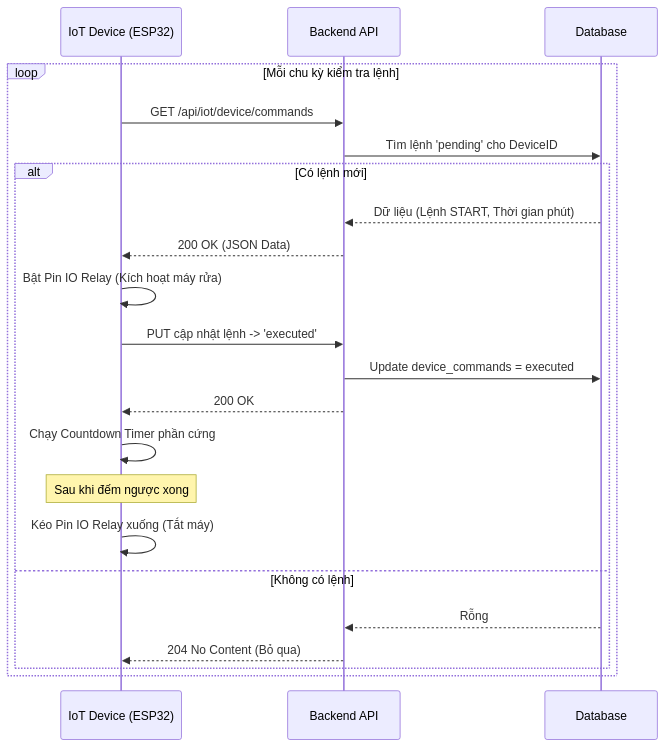
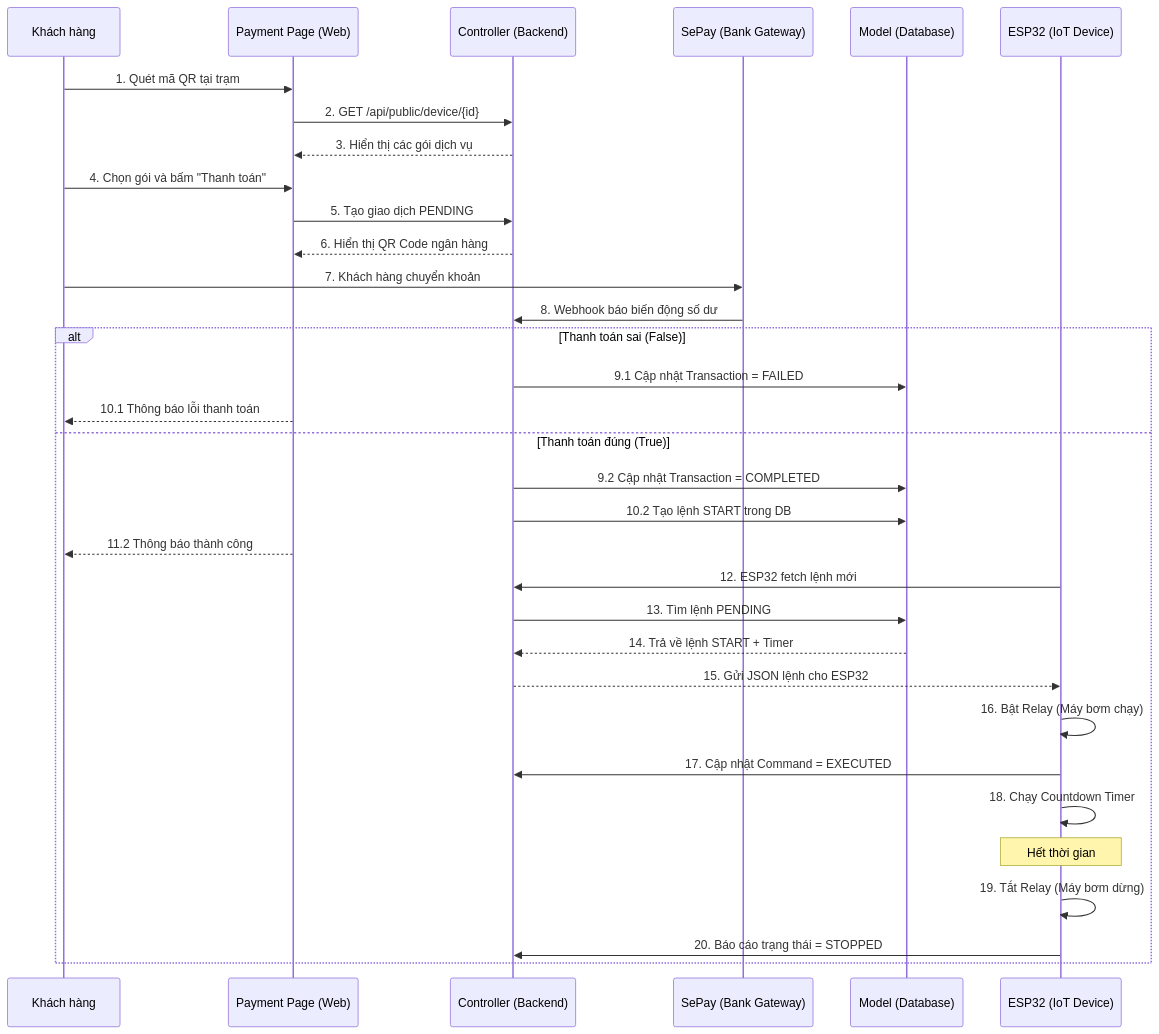
One commit to ngogiaquyen/acw-srs changed the tenth of 13 diagrams in documents/sequence-diagrams.md. Above: the diagram before and after it, drawn with Mermaid. The commit also changed other lines of this file and 5 other files, not shown here.

````diff
--- a/documents/sequence-diagrams.md
+++ b/documents/sequence-diagrams.md
@@ -164,30 +272,42 @@
 ```mermaid
 sequenceDiagram
-    participant ESP as IoT Device (ESP32)
-    participant API as Backend API
-    participant DB as Database
+    participant C as Khách hàng
+    participant W as Payment Page (Web)
+    participant B as Controller (Backend)
+    participant SP as SePay (Bank Gateway)
+    participant D as Model (Database)
+    participant IOT as ESP32 (IoT Device)
 
-    loop Mỗi chu kỳ kiểm tra lệnh
-        ESP->>API: GET /api/iot/device/commands
-        API->>DB: Tìm lệnh 'pending' cho DeviceID
+    C->>W: 1. Quét mã QR tại trạm
+    W->>B: 2. GET /api/public/device/{id}
+    B-->>W: 3. Hiển thị các gói dịch vụ
+    
+    C->>W: 4. Chọn gói và bấm "Thanh toán"
+    W->>B: 5. Tạo giao dịch PENDING
+    B-->>W: 6. Hiển thị QR Code ngân hàng
+    
+    C->>SP: 7. Khách hàng chuyển khoản
+    SP->>B: 8. Webhook báo biến động số dư
+    
+    alt Thanh toán sai (False)
+        B->>D: 9.1 Cập nhật Transaction = FAILED
+        W-->>C: 10.1 Thông báo lỗi thanh toán
+    else Thanh toán đúng (True)
+        B->>D: 9.2 Cập nhật Transaction = COMPLETED
+        B->>D: 10.2 Tạo lệnh START trong DB
+        W-->>C: 11.2 Thông báo thành công
         
-        alt Có lệnh mới
-            DB-->>API: Dữ liệu (Lệnh START, Thời gian phút)
-            API-->>ESP: 200 OK (JSON Data)
-            
-            ESP->>ESP: Bật Pin IO Relay (Kích hoạt máy rửa)
-            ESP->>API: PUT cập nhật lệnh -> 'executed'
-            API->>DB: Update device_commands = executed
-            API-->>ESP: 200 OK
-            
-            ESP->>ESP: Chạy Countdown Timer phần cứng
-            
-            Note over ESP: Sau khi đếm ngược xong
-            ESP->>ESP: Kéo Pin IO Relay xuống (Tắt máy)
-            
-        else Không có lệnh
-            DB-->>API: Rỗng
-            API-->>ESP: 204 No Content (Bỏ qua)
-        end
+        IOT->>B: 12. ESP32 fetch lệnh mới
+        B->>D: 13. Tìm lệnh PENDING
+        D-->>B: 14. Trả về lệnh START + Timer
+        B-->>IOT: 15. Gửi JSON lệnh cho ESP32
+        
+        IOT->>IOT: 16. Bật Relay (Máy bơm chạy)
+        IOT->>B: 17. Cập nhật Command = EXECUTED
+        
+        IOT->>IOT: 18. Chạy Countdown Timer
+        Note over IOT: Hết thời gian
+        IOT->>IOT: 19. Tắt Relay (Máy bơm dừng)
+        IOT->>B: 20. Báo cáo trạng thái = STOPPED
     end
 ```
````
